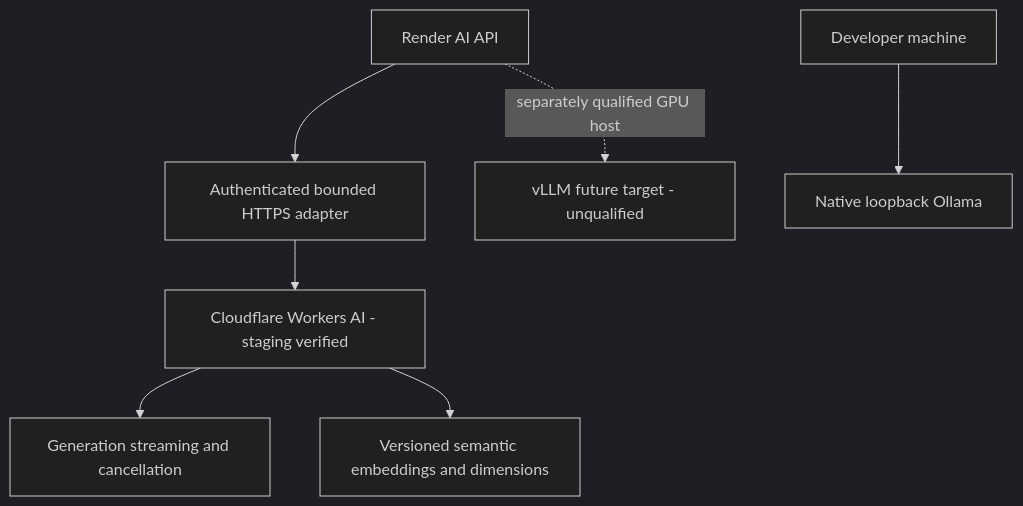
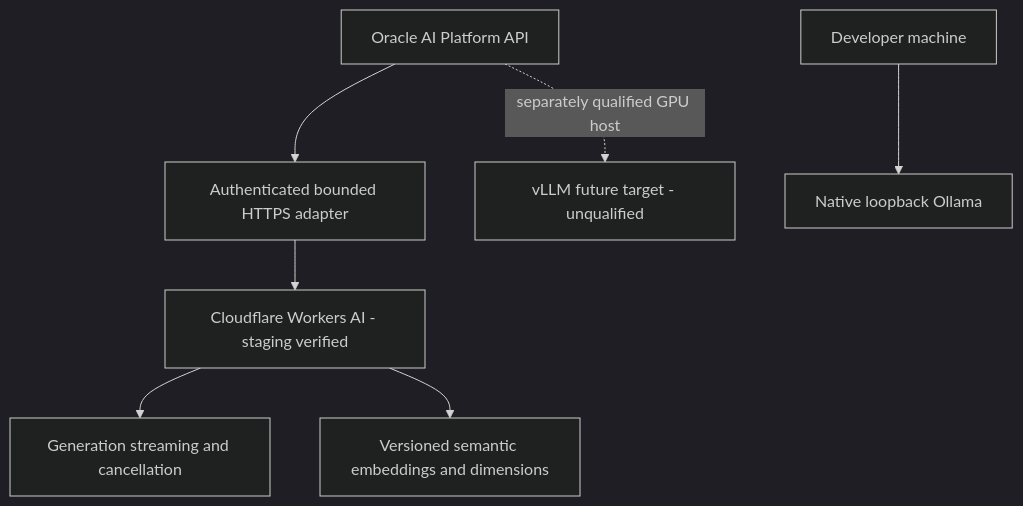
Before and after one commit to DruHustle/onesa-ai-platform: the diagram in docs/diagrams/public-model-host.mmd, drawn with Mermaid (dark theme). The commit also changed 10 other files, not shown here.

```diff
--- a/docs/diagrams/public-model-host.mmd
+++ b/docs/diagrams/public-model-host.mmd
@@ -1,7 +1,7 @@
 flowchart TB
-API[Render AI API] --> Auth[Authenticated bounded HTTPS adapter]
+API[Oracle AI Platform API] --> Auth[Authenticated bounded HTTPS adapter]
 Auth --> CF[Cloudflare Workers AI - staging verified]
 CF --> Generate[Generation streaming and cancellation]
 CF --> Embed[Versioned semantic embeddings and dimensions]
 Local[Developer machine] --> Ollama[Native loopback Ollama]
 API -. separately qualified GPU host .-> VLLM[vLLM future target - unqualified]
```
